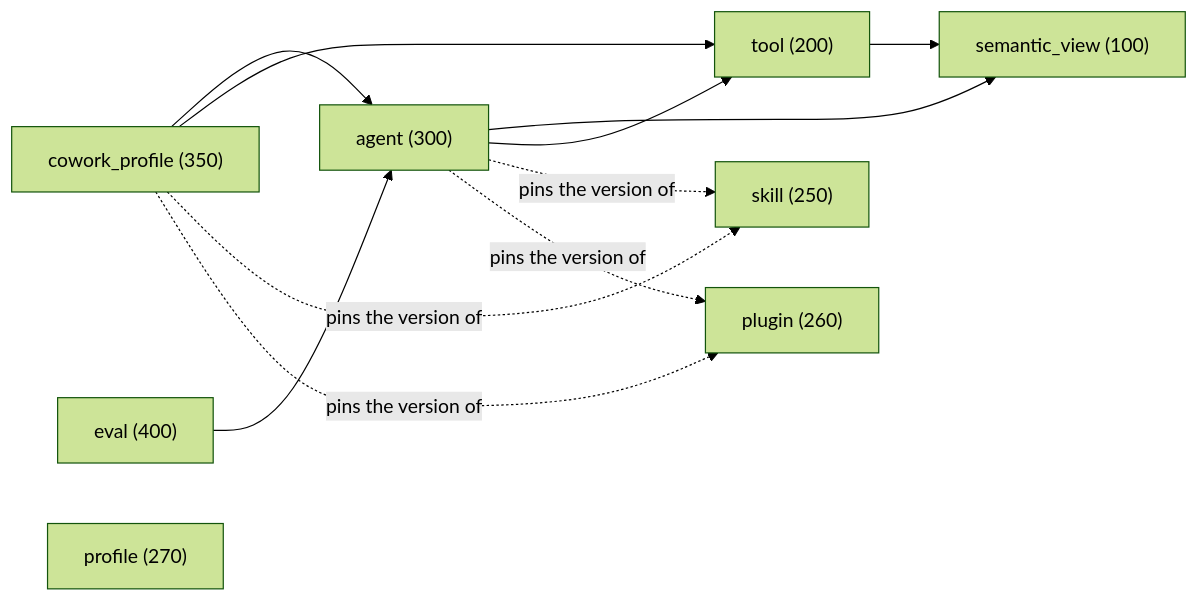
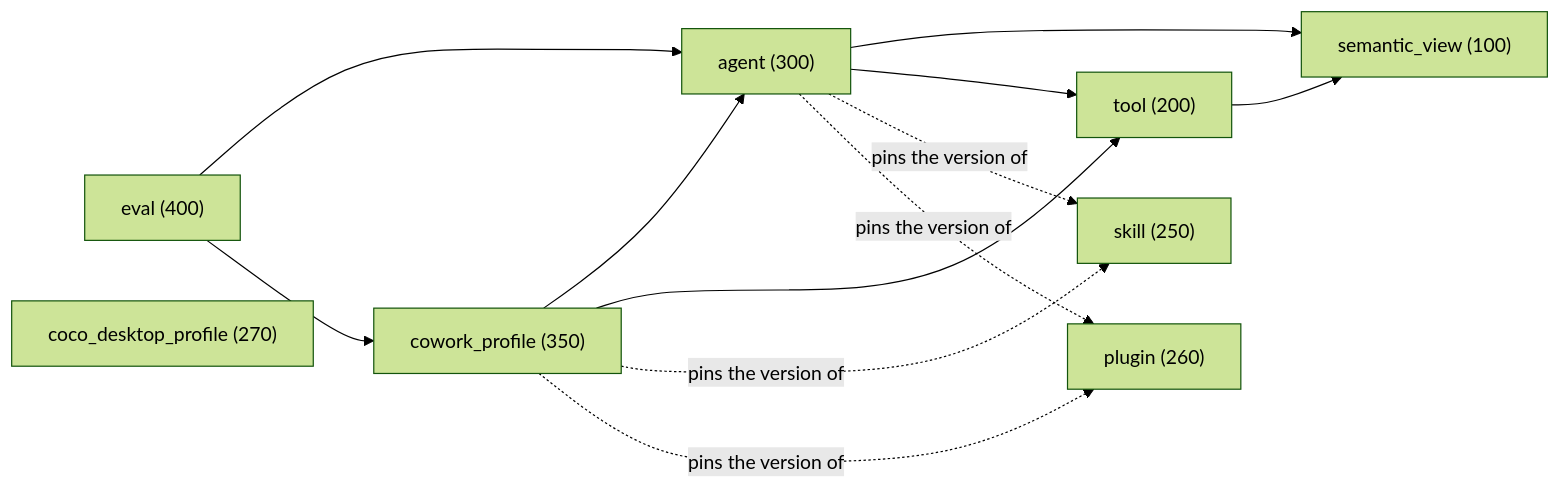
The first of 3 diagrams in docs/concepts.md (WhoopInc/snowflake-semantic-tools), drawn with Mermaid (forest theme) before and after one commit. The commit also changed other lines of this file and 54 other files, not shown here.

````diff
--- a/docs/concepts.md
+++ b/docs/concepts.md
@@ -30,14 +30,15 @@
 ```mermaid
 flowchart LR
     tool["tool (200)"] --> semantic_view["semantic_view (100)"]
     agent["agent (300)"] --> semantic_view
     agent --> tool
     agent -.->|pins the version of| skill["skill (250)"]
     agent -.->|pins the version of| plugin["plugin (260)"]
     cowork_profile["cowork_profile (350)"] --> agent
     cowork_profile --> tool
     cowork_profile -.->|pins the version of| skill
     cowork_profile -.->|pins the version of| plugin
     evals["eval (400)"] --> agent
-    profile["profile (270)"]
+    evals --> cowork_profile
+    coco_desktop_profile["coco_desktop_profile (270)"]
 ```
````
